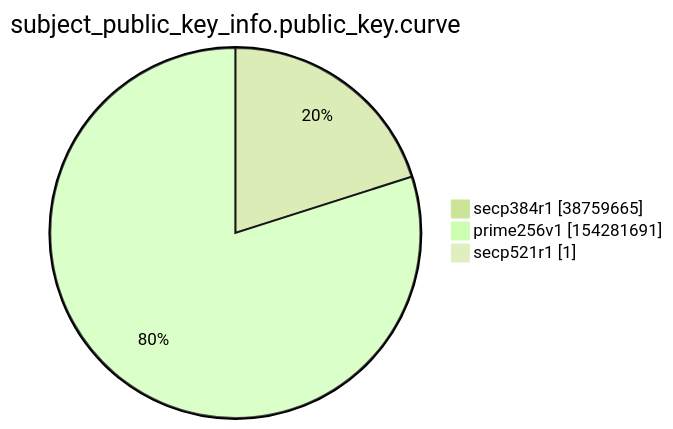
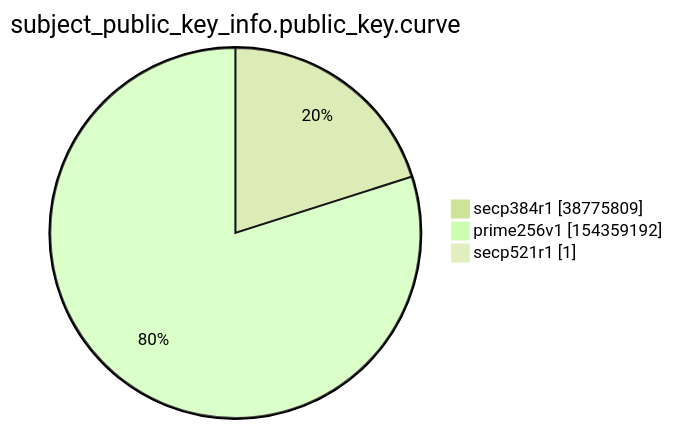
Before and after one commit to christiankrug/ctmonitor_visualization: the ninth of 15 diagrams in xenon2022/README.md, drawn with Mermaid (forest theme). The commit also changed other lines of this file, not shown here.

````diff
--- a/xenon2022/README.md
+++ b/xenon2022/README.md
@@ -2863,7 +2863,7 @@
 ```mermaid
 pie showData
 title subject_public_key_info.public_key.curve
-"secp384r1" :38759665
-"prime256v1" :154281691
+"secp384r1" :38775809
+"prime256v1" :154359192
 "secp521r1" :1
 ```
````
